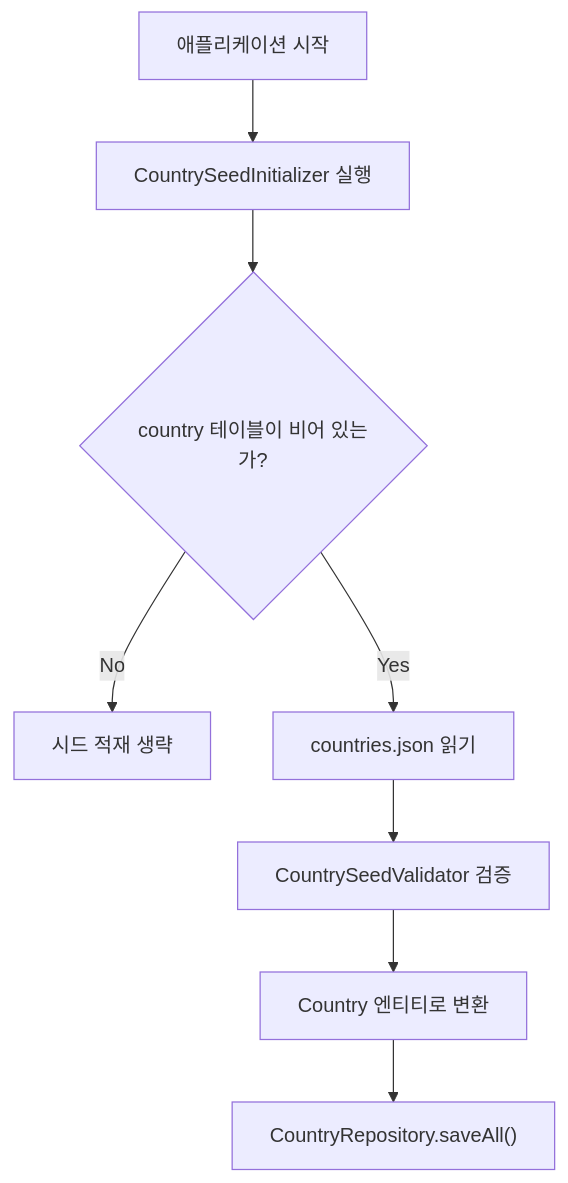
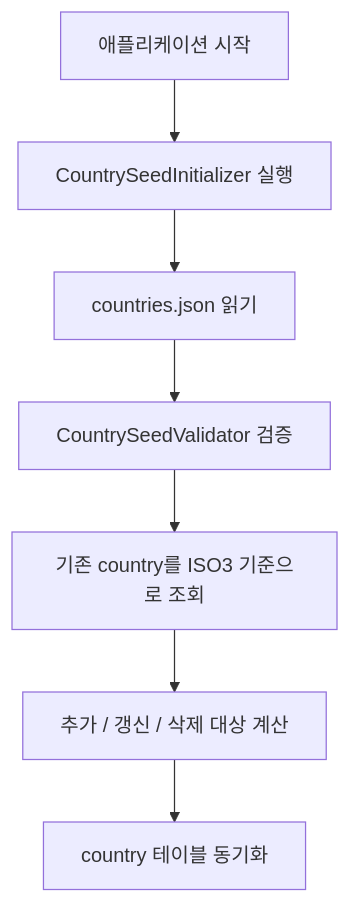
The diagram in blog/03-country-seed-loading.md (answndud/world_map_game), drawn with Mermaid before and after one commit. The commit also changed other lines of this file and 8 other files, not shown here.

````diff
--- a/blog/03-country-seed-loading.md
+++ b/blog/03-country-seed-loading.md
@@ -131,10 +131,9 @@
 ```mermaid
 flowchart TD
     A["애플리케이션 시작"] --> B["CountrySeedInitializer 실행"]
-    B --> C{"country 테이블이 비어 있는가?"}
-    C -- "No" --> D["시드 적재 생략"]
-    C -- "Yes" --> E["countries.json 읽기"]
-    E --> F["CountrySeedValidator 검증"]
-    F --> G["Country 엔티티로 변환"]
-    G --> H["CountryRepository.saveAll()"]
+    B --> C["countries.json 읽기"]
+    C --> D["CountrySeedValidator 검증"]
+    D --> E["기존 country를 ISO3 기준으로 조회"]
+    E --> F["추가 / 갱신 / 삭제 대상 계산"]
+    F --> G["country 테이블 동기화"]
 ```
````
